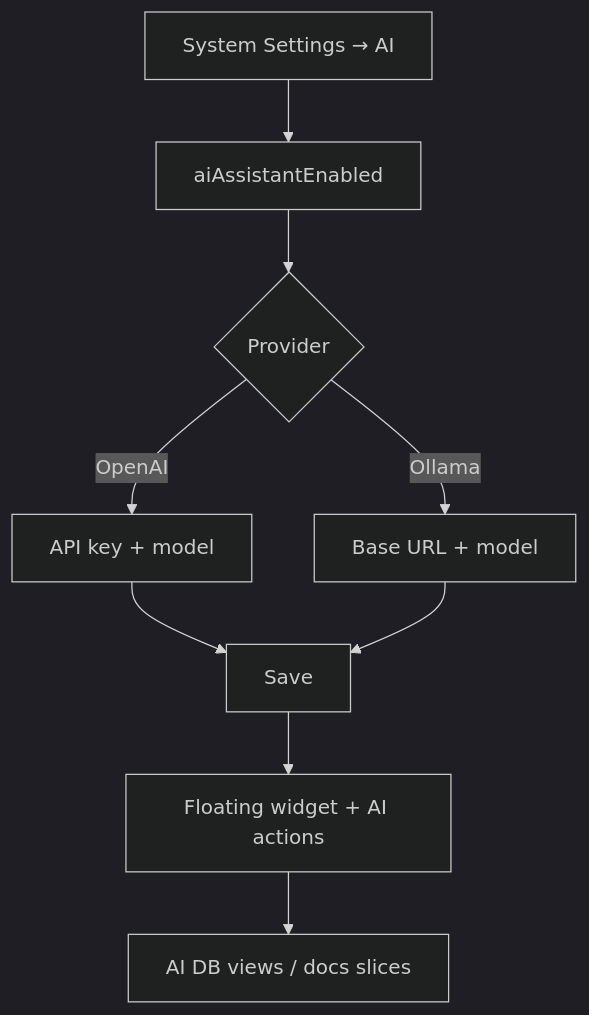
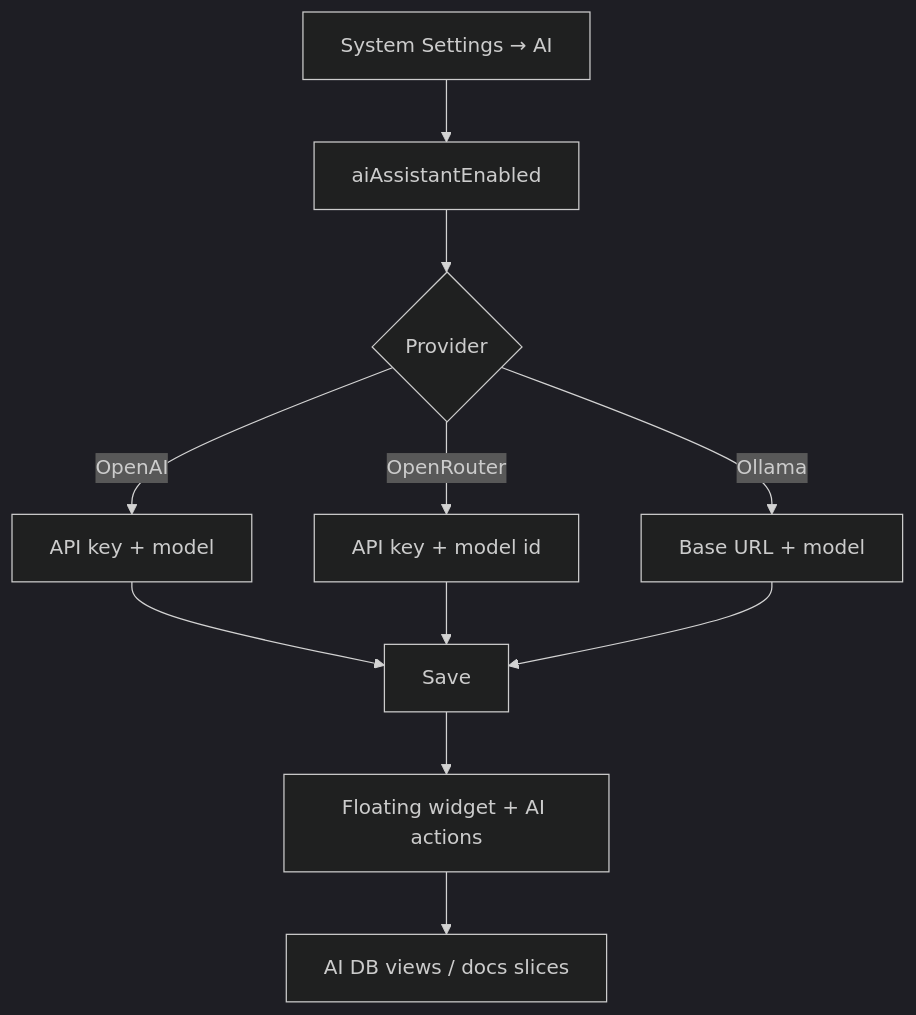
The diagram in docs/synapse-myelin-manual/08-ai-assistant/admin-configuration.md (Tiag0ss/myelin), drawn with Mermaid (dark theme) before and after one commit. The commit also changed other lines of this file and 12 other files, not shown here.

Commit message:
Enhance AI assistant configuration by adding support for OpenRouter as a provider. Update system settings to include OpenRouter API key and model, and modify related components to handle new provider options. Update documentation to reflect changes in AI provider configurations and privacy defaults.

````diff
--- a/docs/synapse-myelin-manual/08-ai-assistant/admin-configuration.md
+++ b/docs/synapse-myelin-manual/08-ai-assistant/admin-configuration.md
@@ -11,11 +11,13 @@
 ```mermaid
 flowchart TD
   Admin[System Settings → AI] --> En[aiAssistantEnabled]
   En --> Prov{Provider}
   Prov -->|OpenAI| OA[API key + model]
+  Prov -->|OpenRouter| OR[API key + model id]
   Prov -->|Ollama| OL[Base URL + model]
   OA --> Save[Save]
+  OR --> Save
   OL --> Save
   Save --> Widget[Floating widget + AI actions]
   Widget --> Views[AI DB views / docs slices]
 ```
````
